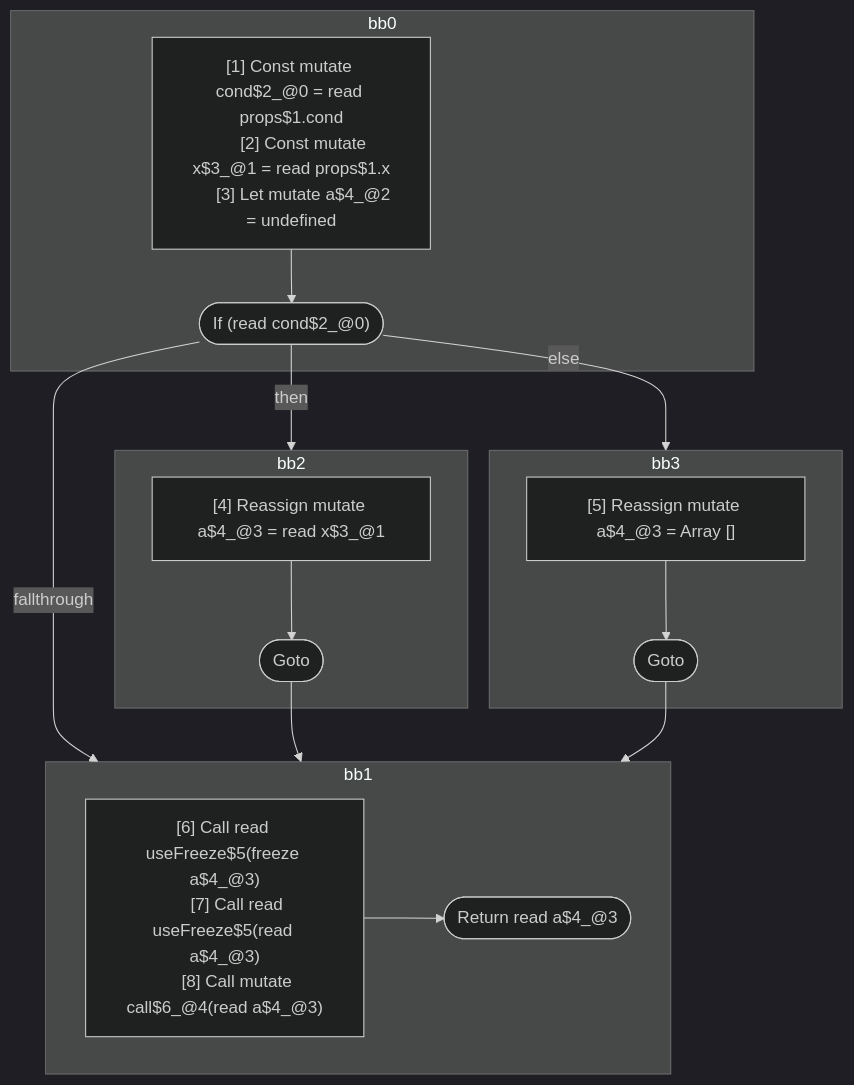
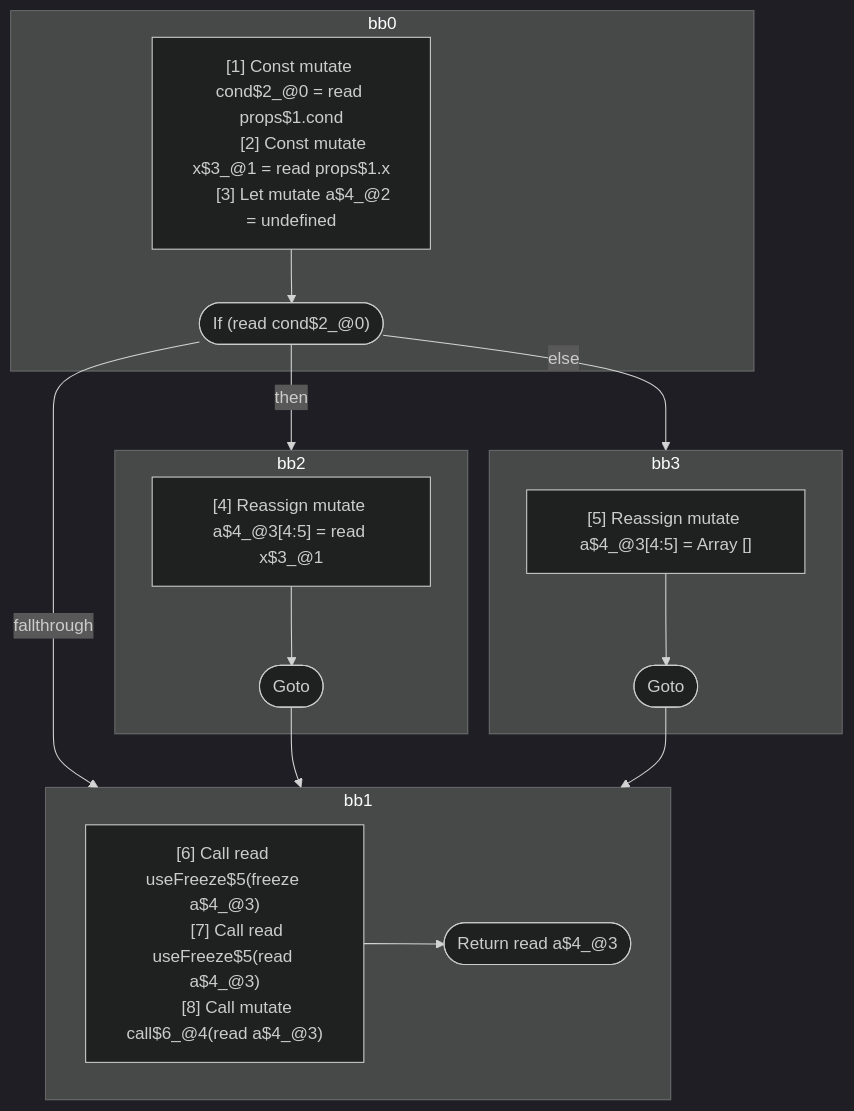
The first of 3 diagrams in compiler/forget/src/__tests__/fixtures/hir/hooks-freeze-possibly-mutable-arguments.expect.md (wutsmog/private), drawn with Mermaid (dark theme) before and after one commit. The commit also changed other lines of this file and 33 other files, not shown here.

````diff
--- a/compiler/forget/src/__tests__/fixtures/hir/hooks-freeze-possibly-mutable-arguments.expect.md
+++ b/compiler/forget/src/__tests__/fixtures/hir/hooks-freeze-possibly-mutable-arguments.expect.md
@@ -51,40 +51,40 @@
 ```mermaid
 flowchart TB
   %% Basic Blocks
   subgraph bb0
     bb0_instrs["
       [1] Const mutate cond$2_@0 = read props$1.cond
       [2] Const mutate x$3_@1 = read props$1.x
       [3] Let mutate a$4_@2 = undefined
     "]
     bb0_instrs --> bb0_terminal(["If (read cond$2_@0)"])
   end
   subgraph bb2
     bb2_instrs["
-      [4] Reassign mutate a$4_@3 = read x$3_@1
+      [4] Reassign mutate a$4_@3[4:5] = read x$3_@1
     "]
     bb2_instrs --> bb2_terminal(["Goto"])
   end
   subgraph bb3
     bb3_instrs["
-      [5] Reassign mutate a$4_@3 = Array []
+      [5] Reassign mutate a$4_@3[4:5] = Array []
     "]
     bb3_instrs --> bb3_terminal(["Goto"])
   end
   subgraph bb1
     bb1_instrs["
       [6] Call read useFreeze$5(freeze a$4_@3)
       [7] Call read useFreeze$5(read a$4_@3)
       [8] Call mutate call$6_@4(read a$4_@3)
     "]
     bb1_instrs --> bb1_terminal(["Return read a$4_@3"])
   end
 
   %% Jumps
   bb0_terminal -- then --> bb2
   bb0_terminal -- else --> bb3
   bb0_terminal -- fallthrough --> bb1
   bb2_terminal --> bb1
   bb3_terminal --> bb1
 
 ```
````
